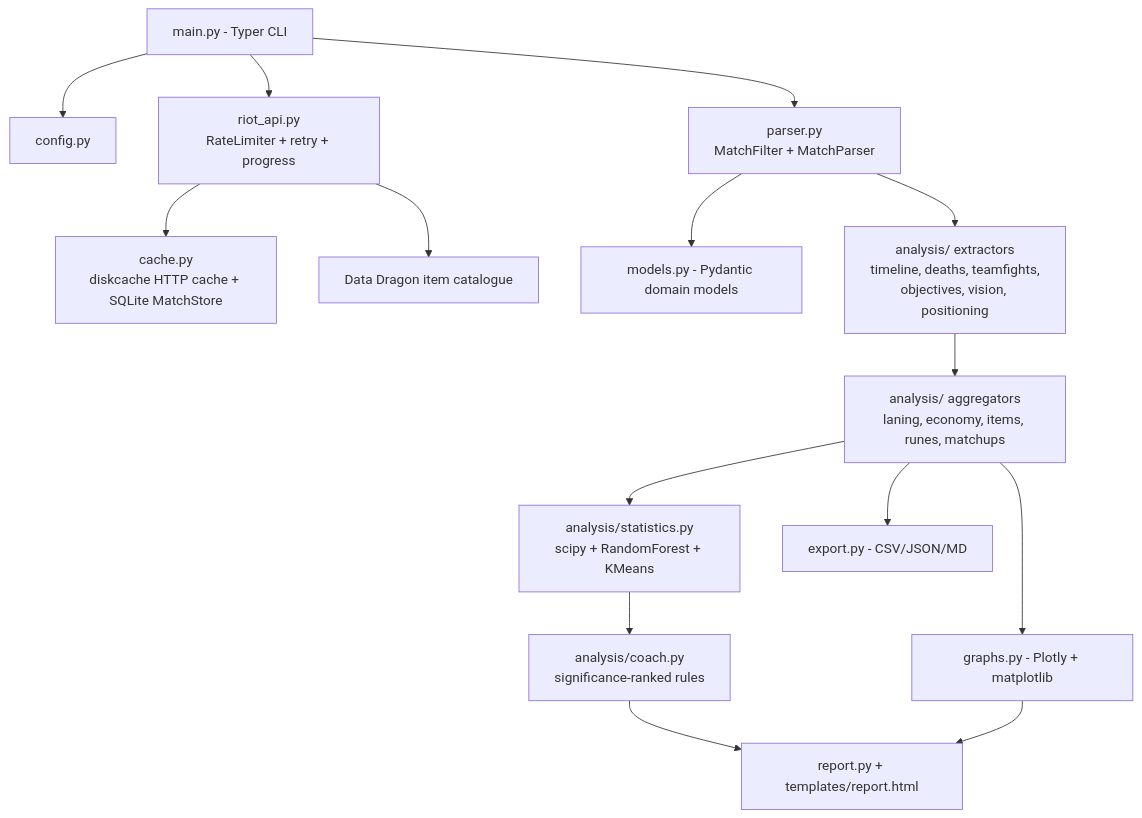
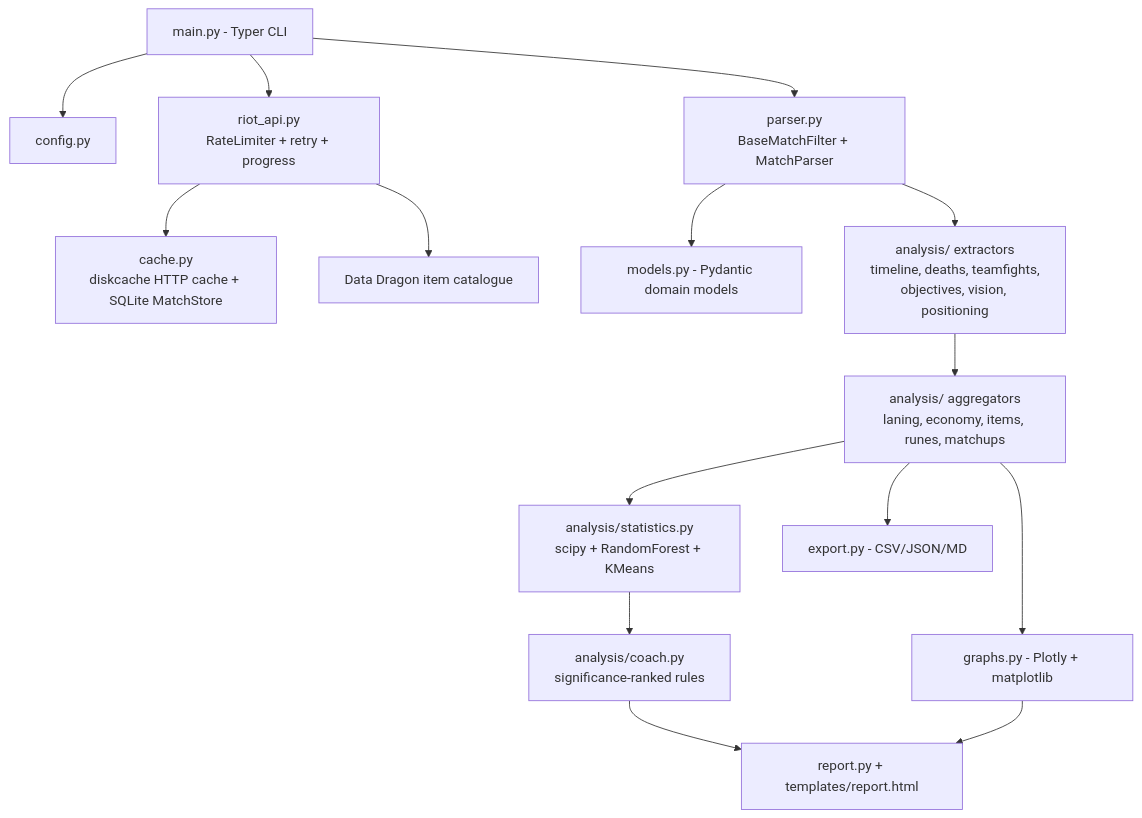
Before and after one commit to hcanon42/league-champion-stats-analysis: the diagram in README.md, drawn with Mermaid. The commit also changed other lines of this file and 23 other files, not shown here.

````diff
--- a/README.md
+++ b/README.md
@@ -114,17 +128,17 @@
 ```mermaid
 graph TD
     CLI[main.py - Typer CLI] --> CFG[config.py]
     CLI --> API[riot_api.py<br/>RateLimiter + retry + progress]
     API --> CACHE[cache.py<br/>diskcache HTTP cache + SQLite MatchStore]
     API --> DD[Data Dragon item catalogue]
-    CLI --> PARSE[parser.py<br/>MatchFilter + MatchParser]
+    CLI --> PARSE[parser.py<br/>BaseMatchFilter + MatchParser]
     PARSE --> MODELS[models.py - Pydantic domain models]
     PARSE --> EXTRACT[analysis/ extractors<br/>timeline, deaths, teamfights,<br/>objectives, vision, positioning]
     EXTRACT --> AGG[analysis/ aggregators<br/>laning, economy, items, runes, matchups]
     AGG --> STATS[analysis/statistics.py<br/>scipy + RandomForest + KMeans]
     STATS --> COACH[analysis/coach.py<br/>significance-ranked rules]
     AGG --> GRAPHS[graphs.py - Plotly + matplotlib]
     COACH --> REPORT[report.py + templates/report.html]
     GRAPHS --> REPORT
     AGG --> EXPORT[export.py - CSV/JSON/MD]
 ```
````
